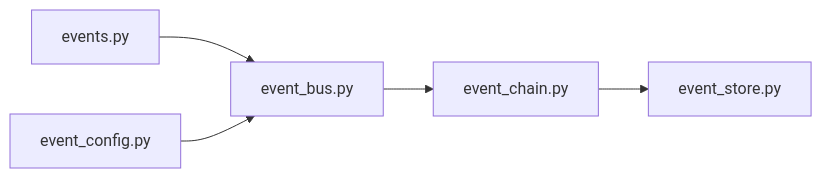
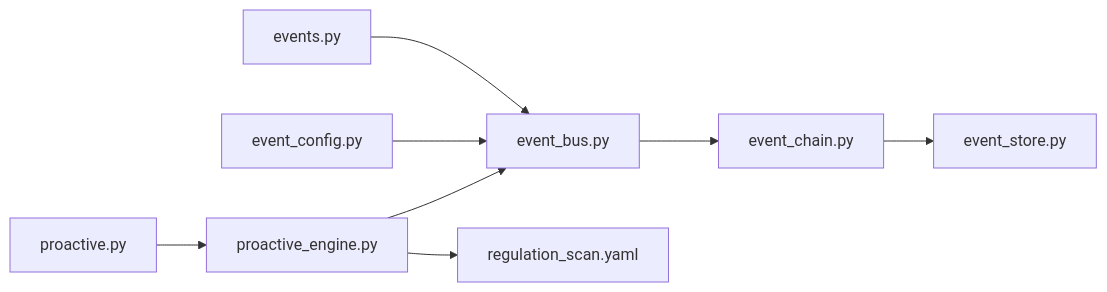
The ninth of 9 diagrams in .qoder/repowiki/zh/content/系统架构/事件驱动系统/事件驱动系统.md (angledick/-), drawn with Mermaid before and after one commit. The commit also changed other lines of this file and 770 other files, not shown here.

````diff
--- a/.qoder/repowiki/zh/content/系统架构/事件驱动系统/事件驱动系统.md
+++ b/.qoder/repowiki/zh/content/系统架构/事件驱动系统/事件驱动系统.md
@@ -319,7 +409,10 @@
 ```mermaid
 graph LR
 EventsPy["events.py"] --> EventBusPy["event_bus.py"]
 EventConfigPy["event_config.py"] --> EventBusPy
+ProactiveAPI["proactive.py"] --> ProactiveEngine["proactive_engine.py"]
+ProactiveEngine --> EventBusPy
+ProactiveEngine --> RegulationScan["regulation_scan.yaml"]
 EventBusPy --> EventChainPy["event_chain.py"]
 EventChainPy --> EventStorePy["event_store.py"]
 ```
````
